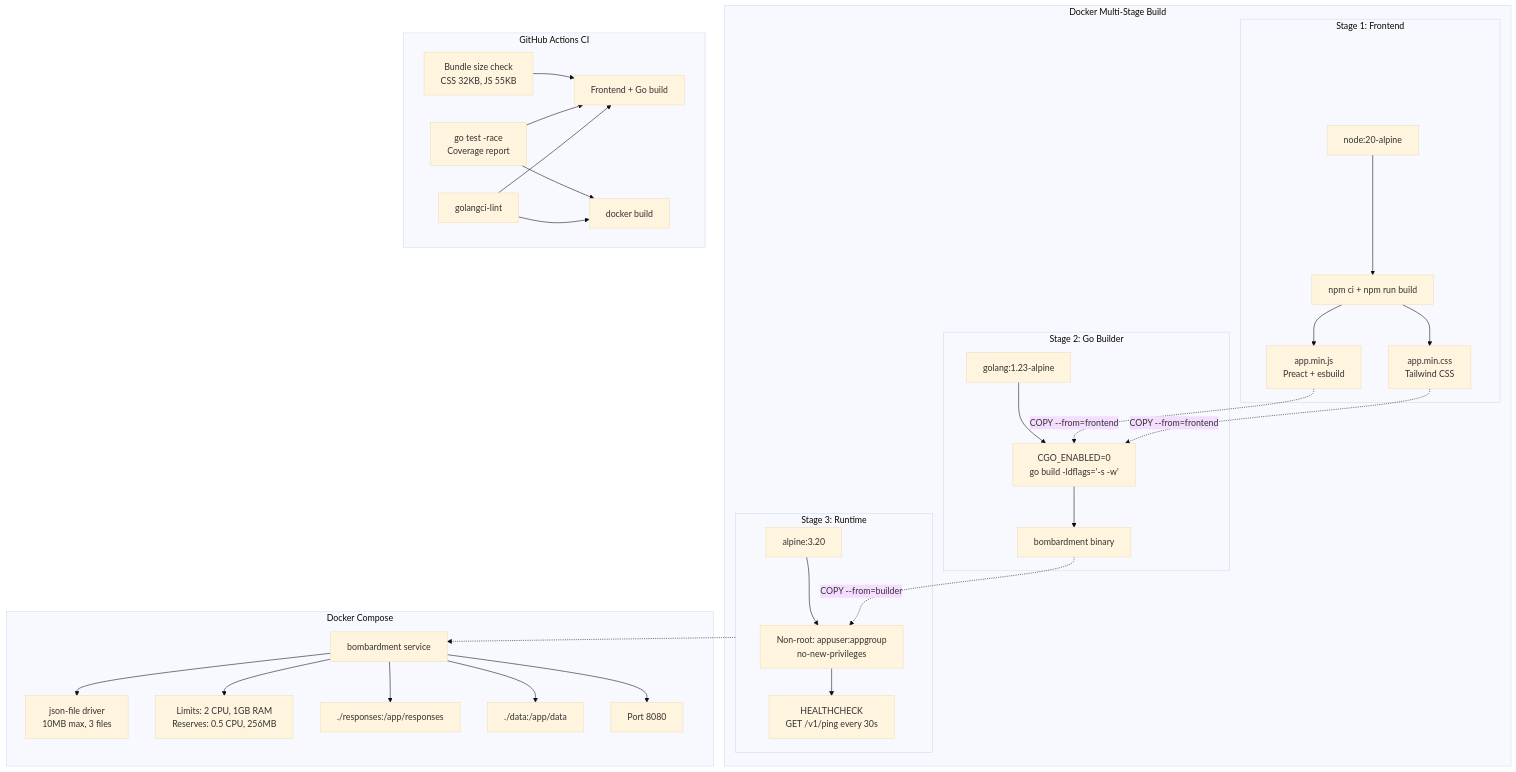
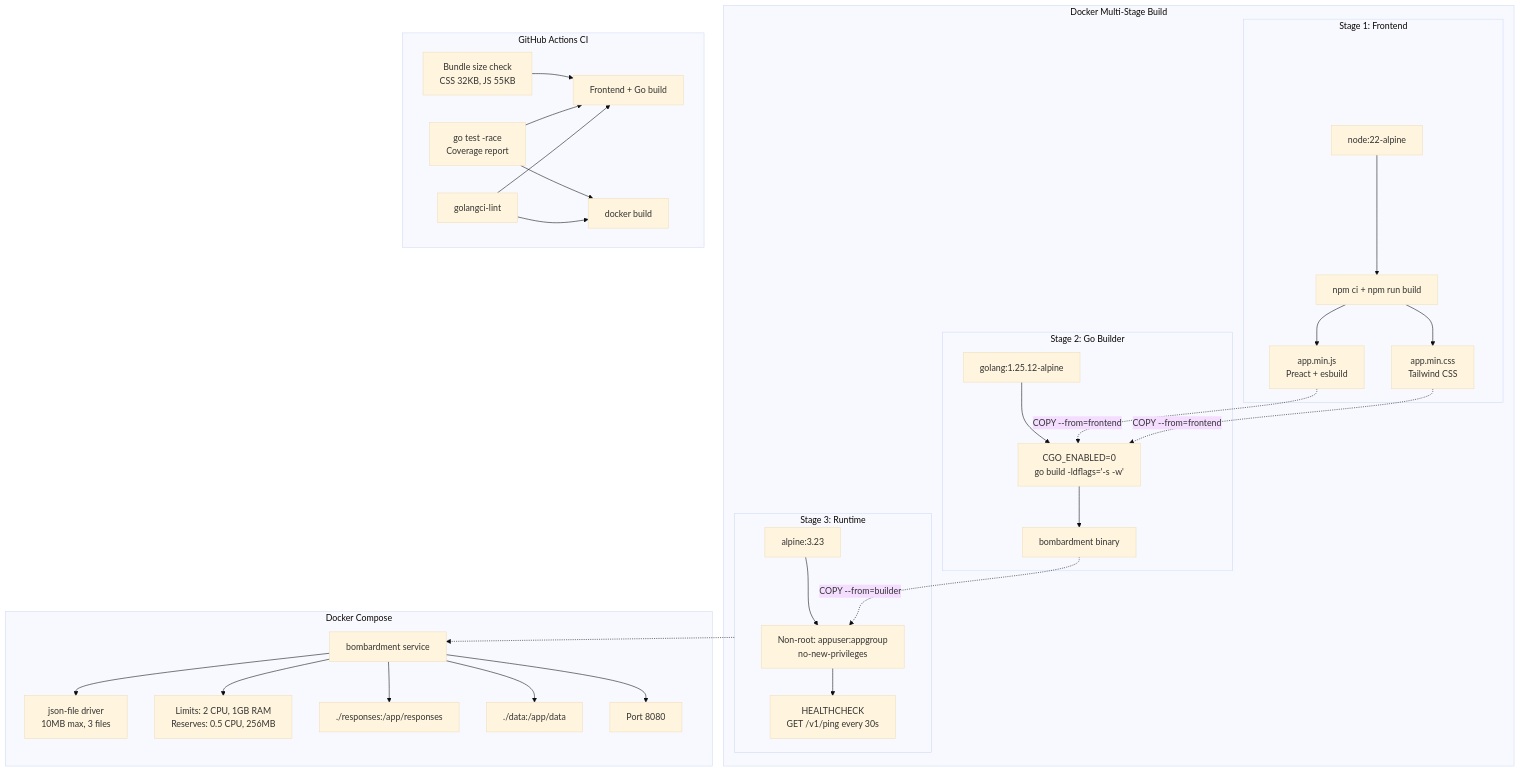
One commit to Dhi13man/bombardment-runner changed the diagram in docs/architecture/diagrams/infrastructure/deployment.mmd. Above: the diagram before and after it, drawn with Mermaid (base theme). The commit also changed 23 other files, not shown here.

```diff
--- a/docs/architecture/diagrams/infrastructure/deployment.mmd
+++ b/docs/architecture/diagrams/infrastructure/deployment.mmd
@@ -1,62 +1,62 @@
 flowchart TB
     subgraph DockerBuild[Docker Multi-Stage Build]
         subgraph Stage1[Stage 1: Frontend]
-            NodeAlpine[node:20-alpine]
+            NodeAlpine[node:22-alpine]
             NPM[npm ci + npm run build]
             CSSBundle[app.min.css<br/>Tailwind CSS]
             JSBundle[app.min.js<br/>Preact + esbuild]
             NodeAlpine --> NPM
             NPM --> CSSBundle
             NPM --> JSBundle
         end
 
         subgraph Stage2[Stage 2: Go Builder]
-            GoAlpine[golang:1.23-alpine]
+            GoAlpine[golang:1.25.12-alpine]
             GoBuild["CGO_ENABLED=0<br/>go build -ldflags='-s -w'"]
             Binary[bombardment binary]
             GoAlpine --> GoBuild
             CSSBundle -.->|COPY --from=frontend| GoBuild
             JSBundle -.->|COPY --from=frontend| GoBuild
             GoBuild --> Binary
         end
 
         subgraph Stage3[Stage 3: Runtime]
-            Alpine[alpine:3.20]
+            Alpine[alpine:3.23]
             Security["Non-root: appuser:appgroup<br/>no-new-privileges"]
             HealthCheck["HEALTHCHECK<br/>GET /v1/ping every 30s"]
             Alpine --> Security
             Binary -.->|COPY --from=builder| Security
             Security --> HealthCheck
         end
     end
 
     subgraph Compose[Docker Compose]
         Service[bombardment service]
         Port[Port 8080]
         VolData[./data:/app/data]
         VolResp[./responses:/app/responses]
         Resources["Limits: 2 CPU, 1GB RAM<br/>Reserves: 0.5 CPU, 256MB"]
         Logging["json-file driver<br/>10MB max, 3 files"]
 
         Service --> Port
         Service --> VolData
         Service --> VolResp
         Service --> Resources
         Service --> Logging
     end
 
     subgraph CICD[GitHub Actions CI]
         Lint[golangci-lint]
         Test["go test -race<br/>Coverage report"]
         UICheck["Bundle size check<br/>CSS 32KB, JS 55KB"]
         Build["Frontend + Go build"]
         DockerCI["docker build"]
 
         Lint --> Build
         Test --> Build
         UICheck --> Build
         Lint --> DockerCI
         Test --> DockerCI
     end
 
     Stage3 -.-> Service
```
